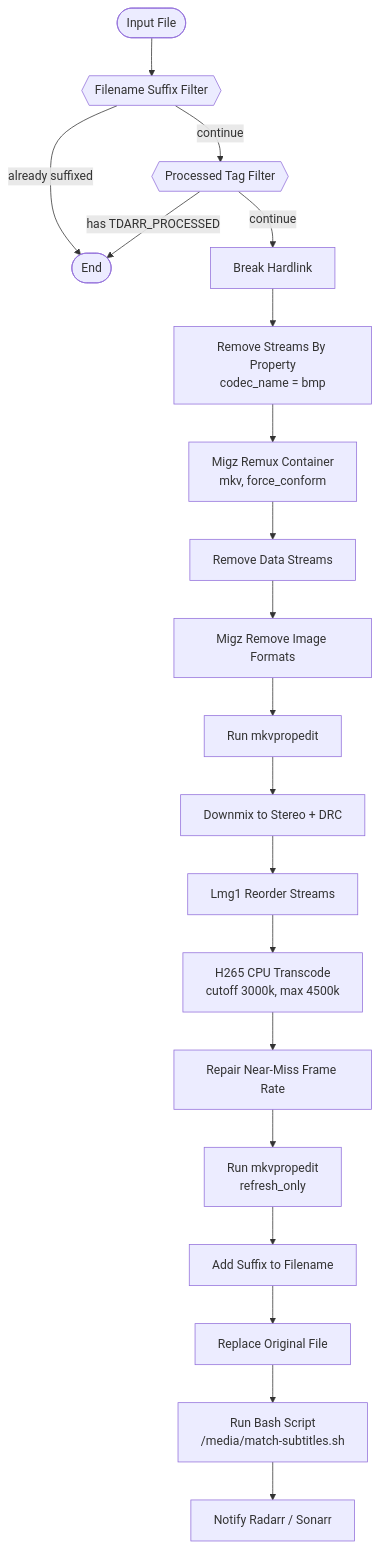
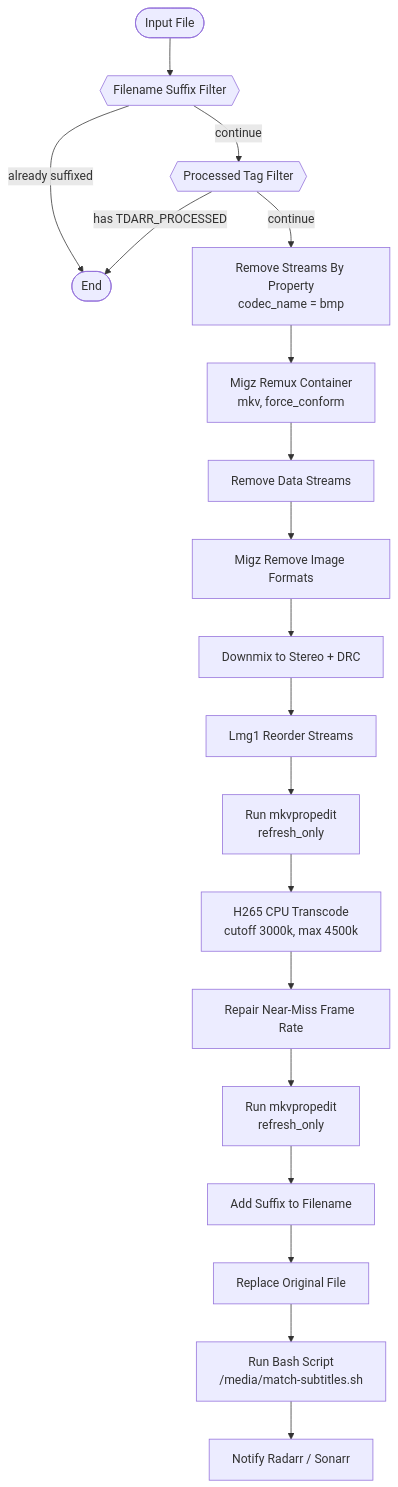
Before and after one commit to The1nk/tdarr_plugins: the diagram in README.md, drawn with Mermaid. The commit also changed other lines of this file and 5 other files, not shown here.

First line of the commit message:
Stop editing library files in place in the flows

````diff
--- a/README.md
+++ b/README.md
@@ -21,22 +21,21 @@
 ```mermaid
 flowchart TD
     input([Input File]) --> f1{{Filename Suffix Filter}}
     f1 -- already suffixed --> stop([End])
     f1 -- continue --> f2{{Processed Tag Filter}}
     f2 -- has TDARR_PROCESSED --> stop
-    f2 -- continue --> t1[Break Hardlink]
-    t1 --> t2[Remove Streams By Property<br/>codec_name = bmp]
+    f2 -- continue --> t2[Remove Streams By Property<br/>codec_name = bmp]
     t2 --> t3[Migz Remux Container<br/>mkv, force_conform]
     t3 --> t4[Remove Data Streams]
     t4 --> t5[Migz Remove Image Formats]
-    t5 --> t6[Run mkvpropedit]
-    t6 --> t7[Downmix to Stereo + DRC]
+    t5 --> t7[Downmix to Stereo + DRC]
     t7 --> t8[Lmg1 Reorder Streams]
-    t8 --> t9[H265 CPU Transcode<br/>cutoff 3000k, max 4500k]
+    t8 --> t8b[Run mkvpropedit<br/>refresh_only]
+    t8b --> t9[H265 CPU Transcode<br/>cutoff 3000k, max 4500k]
     t9 --> t9b[Repair Near-Miss Frame Rate]
     t9b --> t9c[Run mkvpropedit<br/>refresh_only]
     t9c --> t10[Add Suffix to Filename]
     t10 --> replace[Replace Original File]
     replace --> p1[Run Bash Script<br/>/media/match-subtitles.sh]
     p1 --> p2[Notify Radarr / Sonarr]
 ```
````
